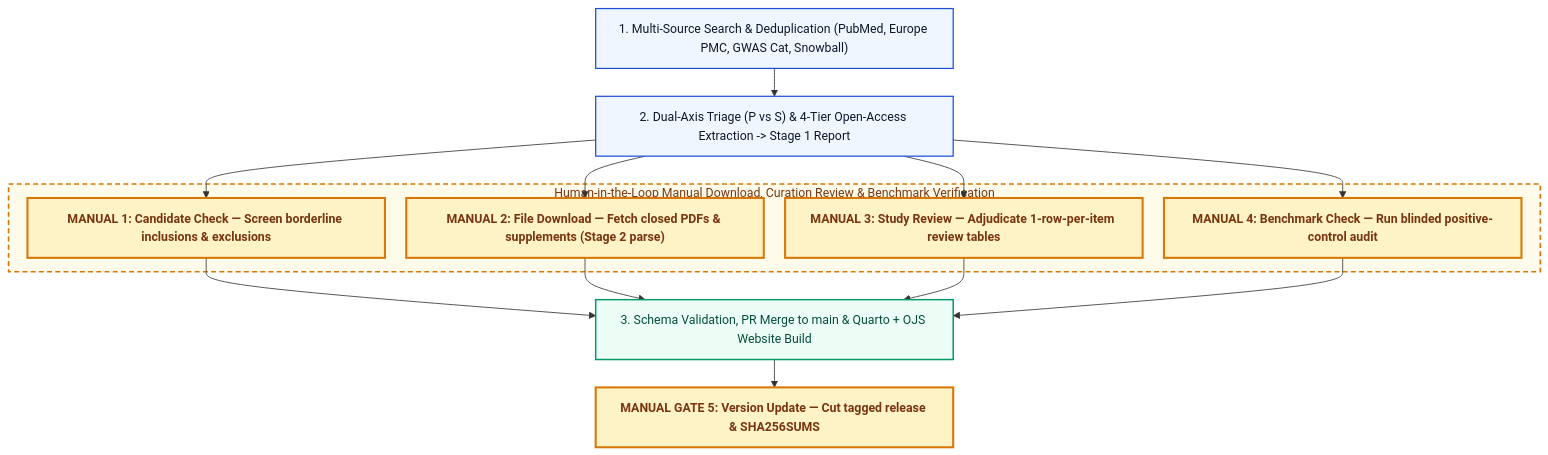
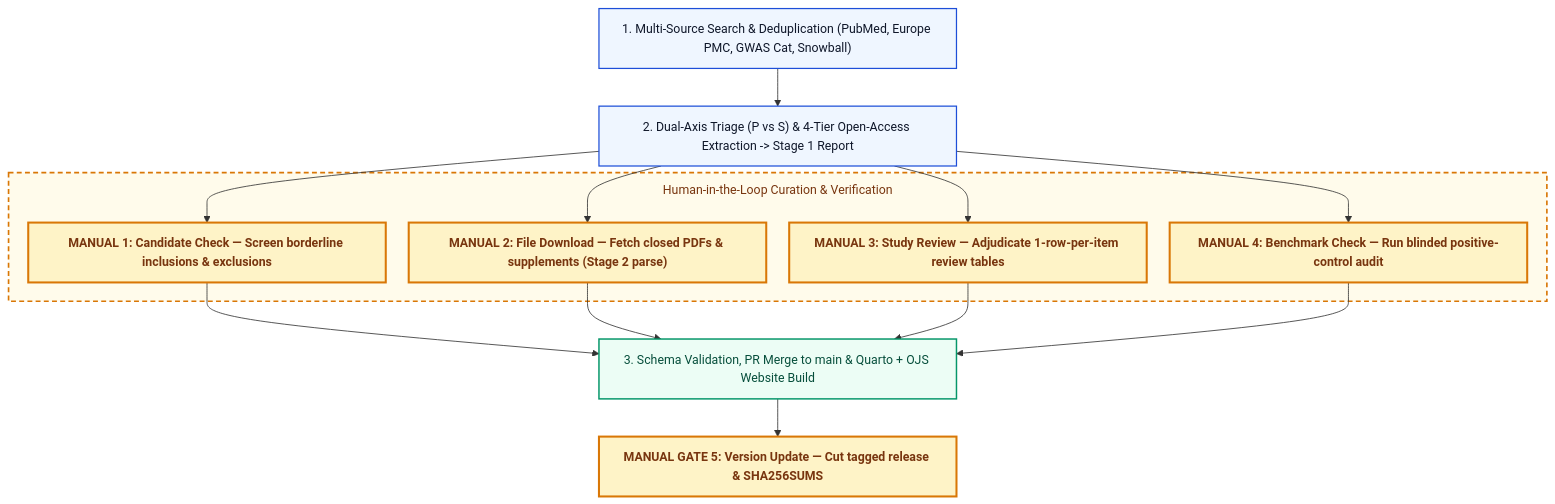
The diagram in README.md (mattlee821/proteomic-gwas-catalogue), drawn with Mermaid before and after one commit. The commit also changed 2 other files, not shown here.

Commit message:
Add subGraphTitleMargin clearance to prevent manual-step box overlap in flowchart

````diff
--- a/README.md
+++ b/README.md
@@ -22,26 +22,26 @@
 ```mermaid
-%%{init: {'themeVariables': {'fontSize': '15px'}, 'flowchart': {'wrappingWidth': 380, 'nodeSpacing': 26, 'rankSpacing': 34, 'padding': 14, 'curve': 'basis'}}}%%
+%%{init: {'themeVariables': {'fontSize': '15px'}, 'flowchart': {'wrappingWidth': 380, 'nodeSpacing': 28, 'rankSpacing': 46, 'subGraphTitleMargin': {'top': 10, 'bottom': 28}, 'padding': 14, 'curve': 'basis'}}}%%
 flowchart TD
     S1["1. Multi-Source Search & Deduplication (PubMed, Europe PMC, GWAS Cat, Snowball)"]:::auto
     S2["2. Dual-Axis Triage (P vs S) & 4-Tier Open-Access Extraction -> Stage 1 Report"]:::auto
 
-    subgraph MANUAL["Human-in-the-Loop Manual Download, Curation Review & Benchmark Verification"]
+    subgraph MANUAL["Human-in-the-Loop Curation & Verification"]
         M1["MANUAL 1: Candidate Check — Screen borderline inclusions & exclusions"]:::manual
         M2["MANUAL 2: File Download — Fetch closed PDFs & supplements (Stage 2 parse)"]:::manual
         M3["MANUAL 3: Study Review — Adjudicate 1-row-per-item review tables"]:::manual
         M4["MANUAL 4: Benchmark Check — Run blinded positive-control audit"]:::manual
     end
 
     S3["3. Schema Validation, PR Merge to main & Quarto + OJS Website Build"]:::store
     M5["MANUAL GATE 5: Version Update — Cut tagged release & SHA256SUMS"]:::manual
 
     S1 --> S2
     S2 --> M1 & M2 & M3 & M4
     M1 & M2 & M3 & M4 --> S3
     S3 --> M5
 
     classDef auto fill:#eff6ff,stroke:#1d4ed8,stroke-width:1.5px,color:#0f172a
     classDef manual fill:#fef3c7,stroke:#d97706,stroke-width:2.5px,color:#78350f,font-weight:bold
     classDef store fill:#ecfdf5,stroke:#059669,stroke-width:1.8px,color:#064e3b
     style MANUAL fill:#fffbeb,stroke:#d97706,stroke-width:2px,stroke-dasharray: 6 4,color:#78350f
 ```
````
